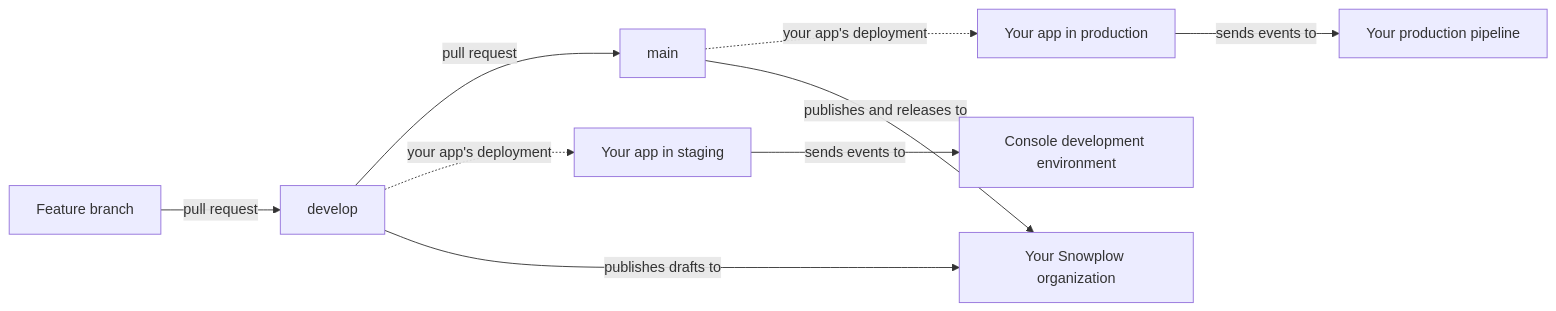
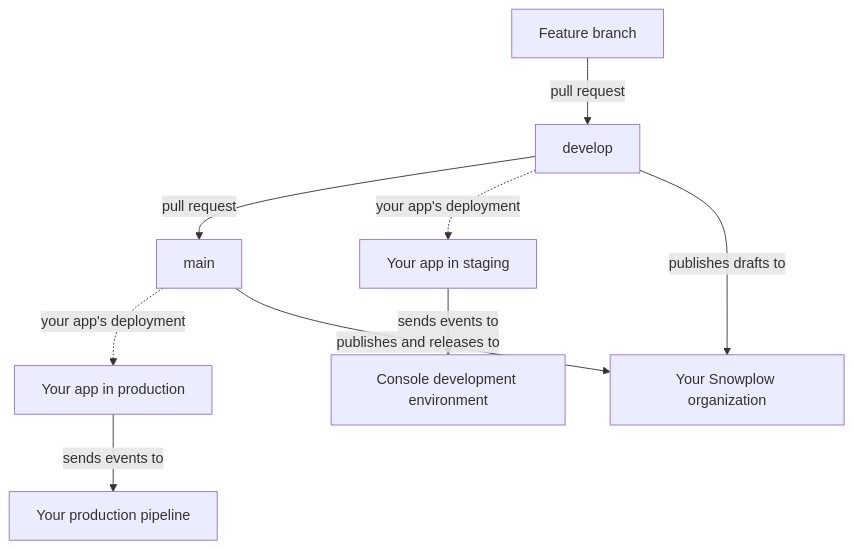
The diagram in tutorials/tracking-as-code/introduction.md (snowplow/documentation), drawn with Mermaid before and after one commit. The commit also changed other lines of this file and 3 other files, not shown here.

Commit message:
[DPS-2877] Apply review: vertical diagram, single branch, generate ids with the CLI, full example

````diff
--- a/tutorials/tracking-as-code/introduction.md
+++ b/tutorials/tracking-as-code/introduction.md
@@ -24,11 +24,11 @@
 ```mermaid
-flowchart LR
+flowchart TB
   F[Feature branch] -->|pull request| D[develop]
   D -->|pull request| M[main]
   D -.->|your app's deployment| SA[Your app in staging]
   M -.->|your app's deployment| PA[Your app in production]
   SA -->|sends events to| Q[Console development environment]
   PA -->|sends events to| P[Your production pipeline]
   D -->|publishes drafts to| O[Your Snowplow organization]
   M -->|publishes and releases to| O
 ```
````
